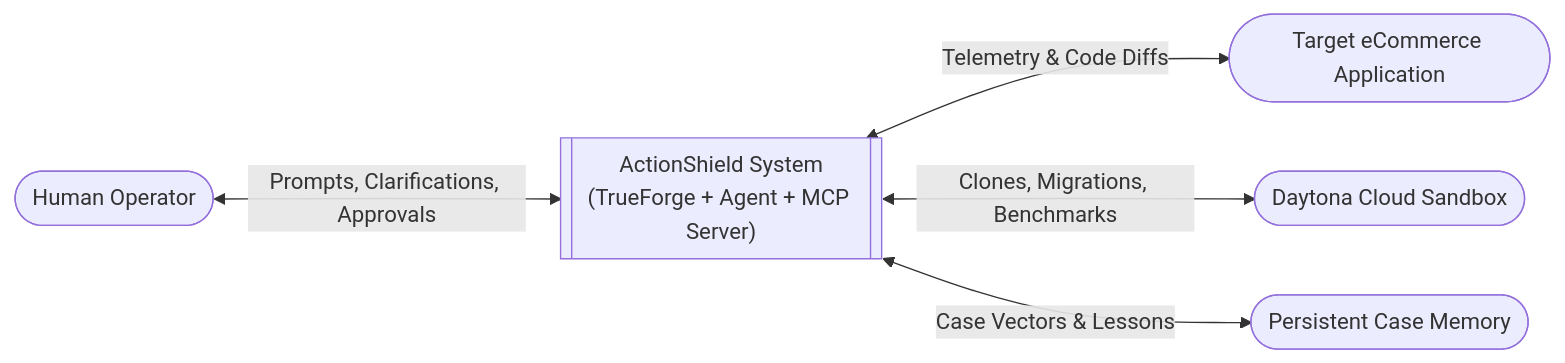
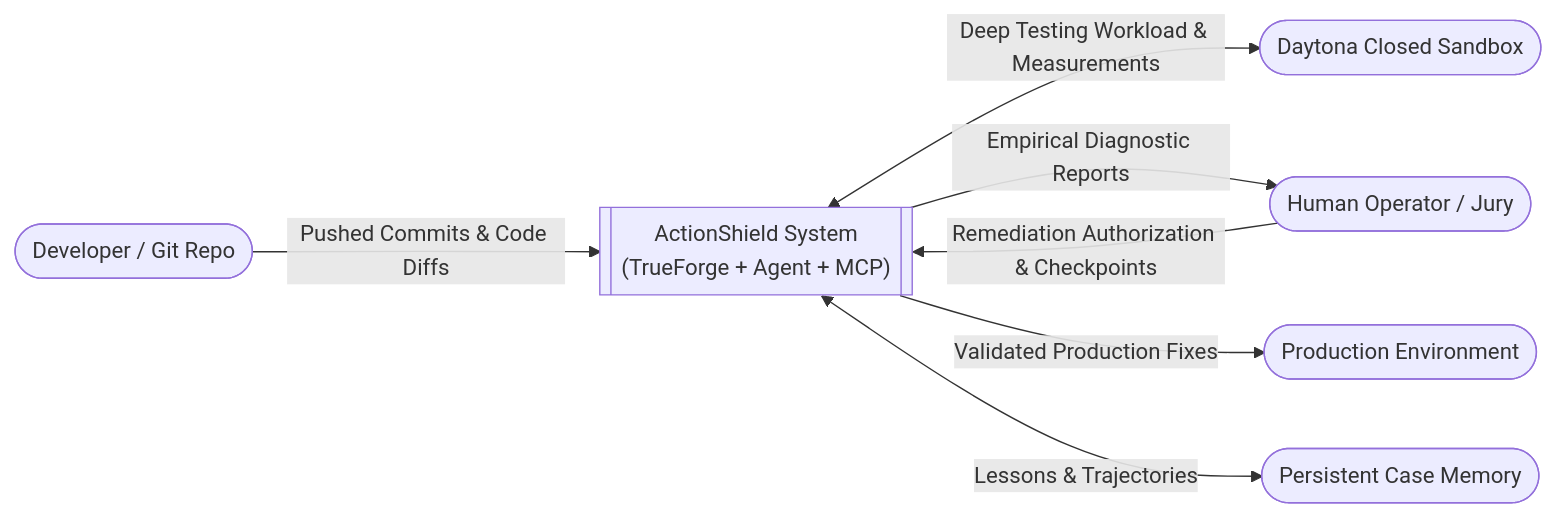
One commit to rajnishkumar13500/TrueFoundry changed the fourth of 5 diagrams in diagram.md. Above: the diagram before and after it, drawn with Mermaid. The commit also changed other lines of this file and 1 other file, not shown here.

Commit message:
docs: align diagrams and demo script with core moto: deep sandbox pre-flight commit testing & adaptive remediation

````diff
--- a/diagram.md
+++ b/diagram.md
@@ -209,7 +209,9 @@
 ```mermaid
 graph LR
-    User([Human Operator]) <-->|Prompts, Clarifications, Approvals| ActionShieldSystem[["ActionShield System<br>(TrueForge + Agent + MCP Server)"]]
-    ActionShieldSystem <-->|Telemetry & Code Diffs| TargetApp([Target eCommerce Application])
-    ActionShieldSystem <-->|Clones, Migrations, Benchmarks| DaytonaCloud([Daytona Cloud Sandbox])
-    ActionShieldSystem <-->|Case Vectors & Lessons| CaseMemory([Persistent Case Memory])
+    Dev([Developer / Git Repo]) -->|Pushed Commits & Code Diffs| ActionShieldSystem[["ActionShield System<br>(TrueForge + Agent + MCP)"]]
+    ActionShieldSystem <-->|Deep Testing Workload & Measurements| DaytonaSandbox([Daytona Closed Sandbox])
+    ActionShieldSystem -->|Empirical Diagnostic Reports| Operator([Human Operator / Jury])
+    Operator -->|Remediation Authorization & Checkpoints| ActionShieldSystem
+    ActionShieldSystem -->|Validated Production Fixes| TargetProd([Production Environment])
+    ActionShieldSystem <-->|Lessons & Trajectories| CaseMemory([Persistent Case Memory])
 ```
````
